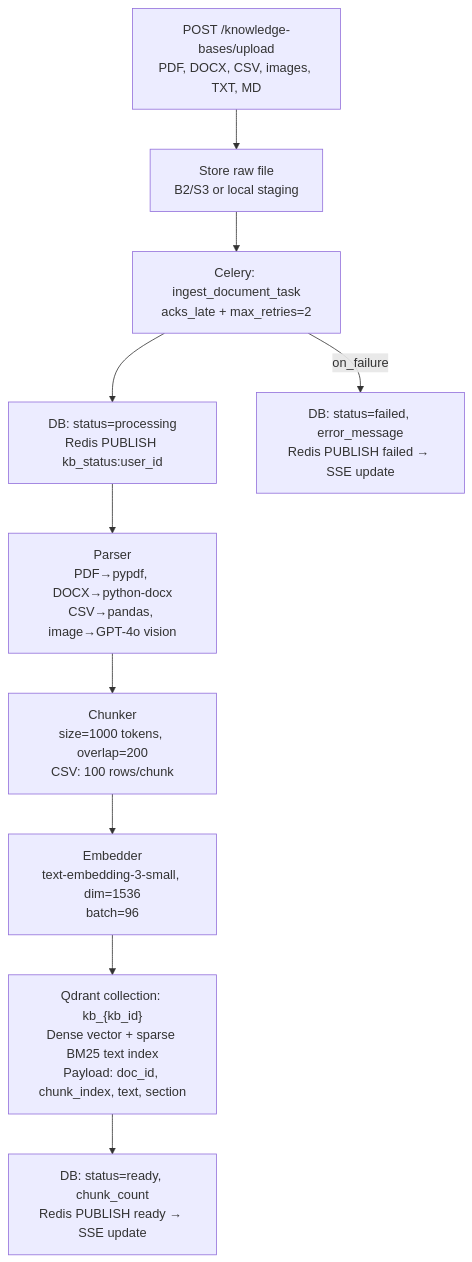
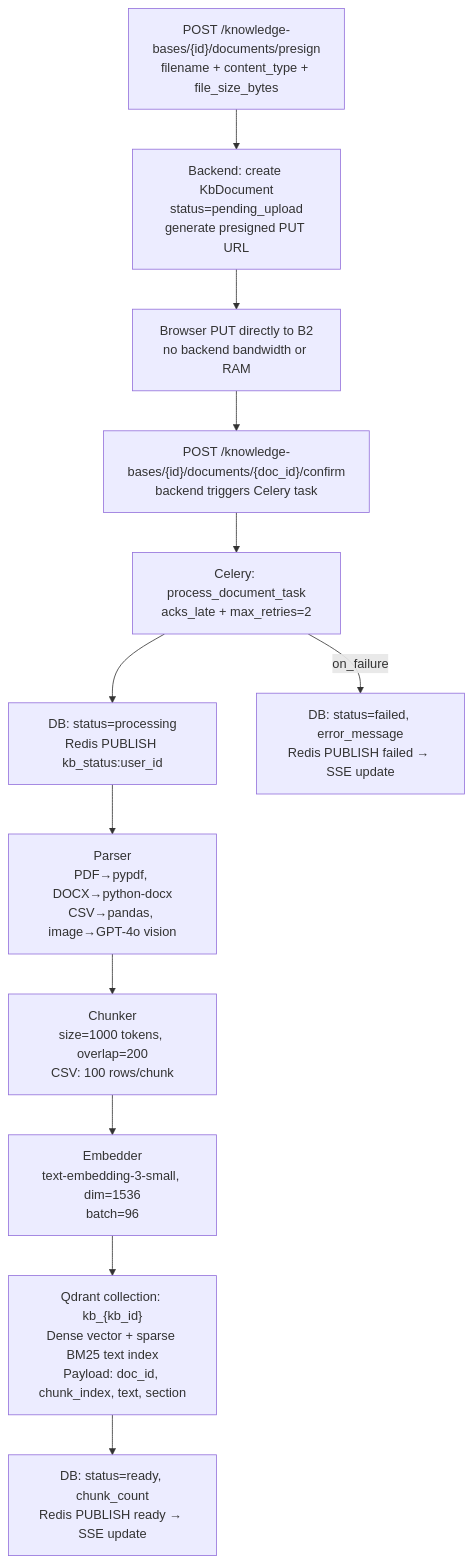
Before and after one commit to vinu0404/Cortex: the third of 14 diagrams in README.md, drawn with Mermaid. The commit also changed other lines of this file and 6 other files, not shown here.

````diff
--- a/README.md
+++ b/README.md
@@ -228,15 +248,17 @@
 ```mermaid
 flowchart TD
-    Upload["POST /knowledge-bases/upload\nPDF, DOCX, CSV, images, TXT, MD"] --> B2["Store raw file\nB2/S3 or local staging"]
-    B2 --> Task["Celery: ingest_document_task\nacks_late + max_retries=2"]
+    Presign["POST /knowledge-bases/{id}/documents/presign\nfilename + content_type + file_size_bytes"] --> GenURL["Backend: create KbDocument\nstatus=pending_upload\ngenerate presigned PUT URL"]
+    GenURL --> Direct["Browser PUT directly to B2\nno backend bandwidth or RAM"]
+    Direct --> Confirm["POST /knowledge-bases/{id}/documents/{doc_id}/confirm\nbackend triggers Celery task"]
+    Confirm --> Task["Celery: process_document_task\nacks_late + max_retries=2"]
     Task --> SetProc["DB: status=processing\nRedis PUBLISH kb_status:user_id"]
 
     SetProc --> Parse["Parser\nPDF→pypdf, DOCX→python-docx\nCSV→pandas, image→GPT-4o vision"]
     Parse --> Chunk["Chunker\nsize=1000 tokens, overlap=200\nCSV: 100 rows/chunk"]
     Chunk --> Embed["Embedder\ntext-embedding-3-small, dim=1536\nbatch=96"]
 
     Embed --> Qdrant["Qdrant collection: kb_{kb_id}\nDense vector + sparse BM25 text index\nPayload: doc_id, chunk_index, text, section"]
     Qdrant --> Ready["DB: status=ready, chunk_count\nRedis PUBLISH ready → SSE update"]
 
     Task -->|on_failure| Failed["DB: status=failed, error_message\nRedis PUBLISH failed → SSE update"]
 ```
````
